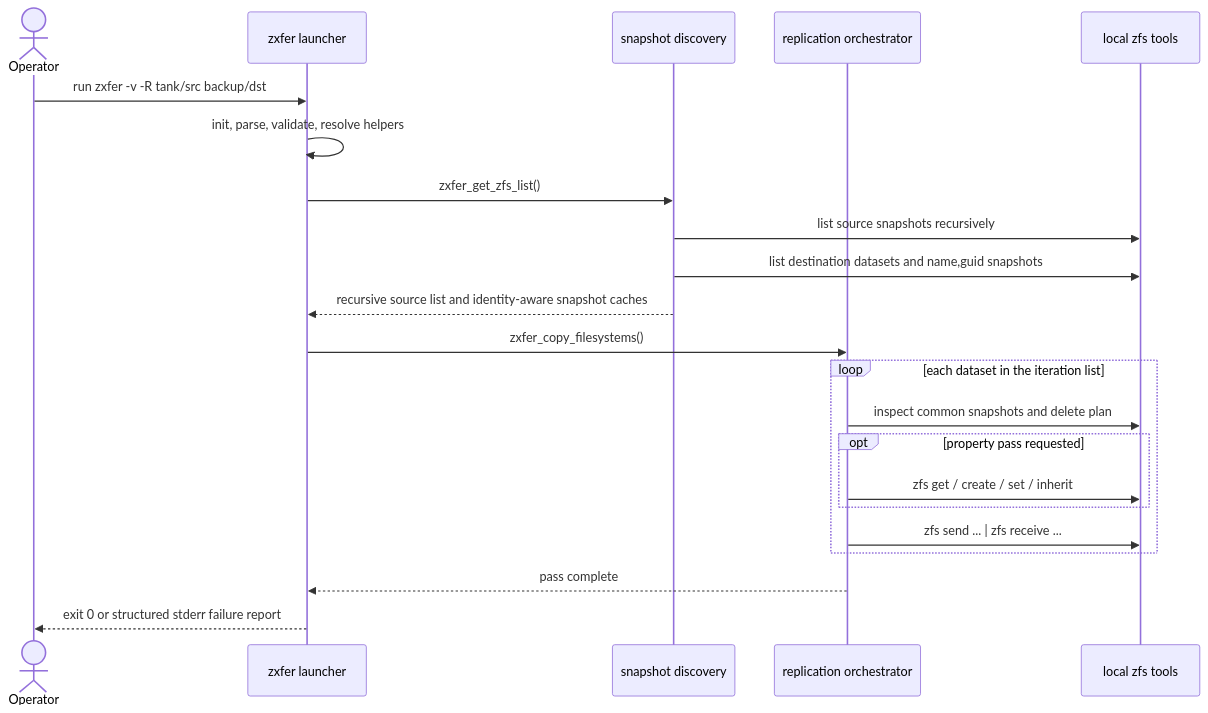
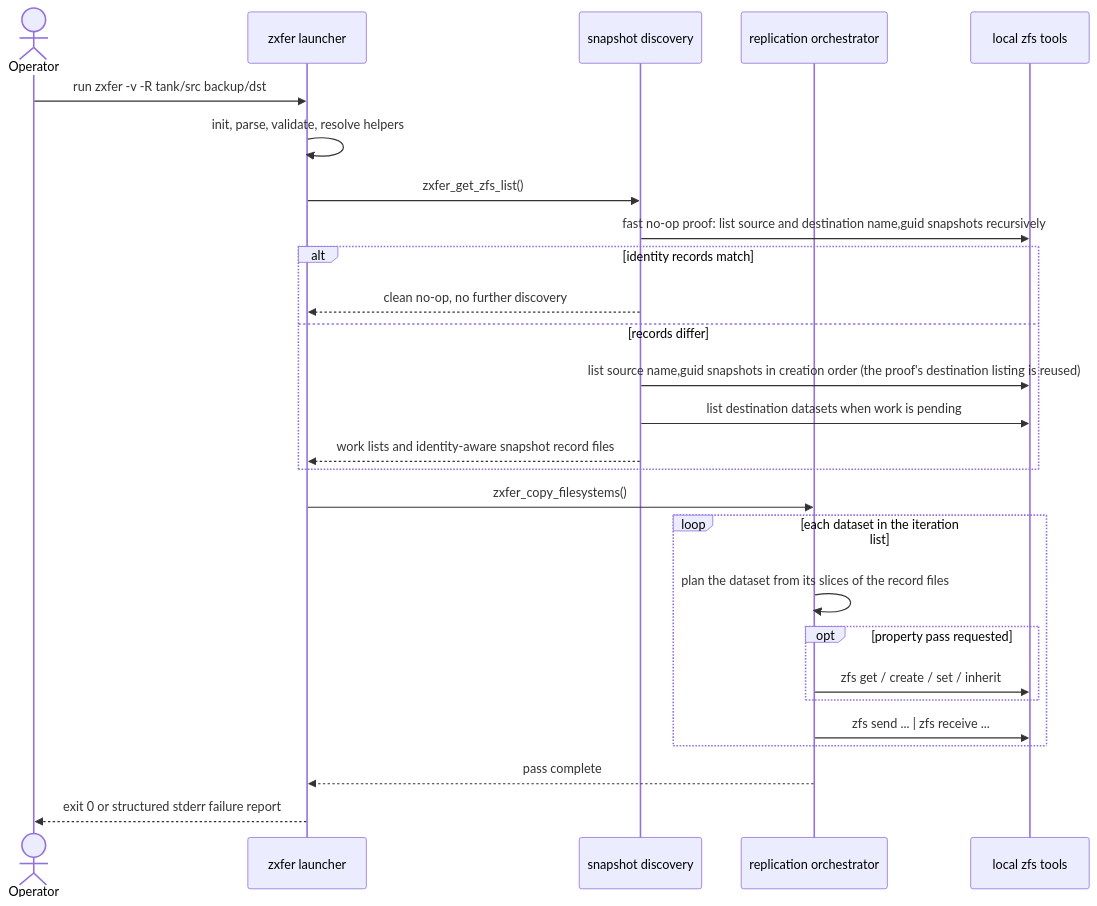
One commit to totalAldo/zxfer changed the fourth of 8 diagrams in docs/architecture.md. Above: the diagram before and after it, drawn with Mermaid. The commit also changed other lines of this file and 30 other files, not shown here.

````diff
--- a/docs/architecture.md
+++ b/docs/architecture.md
@@ -643,25 +676,30 @@
 ```mermaid
 sequenceDiagram
     actor Operator
     participant Launcher as zxfer launcher
     participant Discovery as snapshot discovery
     participant Repl as replication orchestrator
     participant ZFS as local zfs tools
 
     Operator->>Launcher: run zxfer -v -R tank/src backup/dst
     Launcher->>Launcher: init, parse, validate, resolve helpers
     Launcher->>Discovery: zxfer_get_zfs_list()
-    Discovery->>ZFS: list source snapshots recursively
-    Discovery->>ZFS: list destination datasets and name,guid snapshots
-    Discovery-->>Launcher: recursive source list and identity-aware snapshot caches
+    Discovery->>ZFS: fast no-op proof: list source and destination name,guid snapshots recursively
+    alt identity records match
+        Discovery-->>Launcher: clean no-op, no further discovery
+    else records differ
+        Discovery->>ZFS: list source name,guid snapshots in creation order (the proof's destination listing is reused)
+        Discovery->>ZFS: list destination datasets when work is pending
+        Discovery-->>Launcher: work lists and identity-aware snapshot record files
+    end
     Launcher->>Repl: zxfer_copy_filesystems()
     loop each dataset in the iteration list
-        Repl->>ZFS: inspect common snapshots and delete plan
+        Repl->>Repl: plan the dataset from its slices of the record files
         opt property pass requested
             Repl->>ZFS: zfs get / create / set / inherit
         end
         Repl->>ZFS: zfs send ... | zfs receive ...
     end
     Repl-->>Launcher: pass complete
     Launcher-->>Operator: exit 0 or structured stderr failure report
 ```
````
